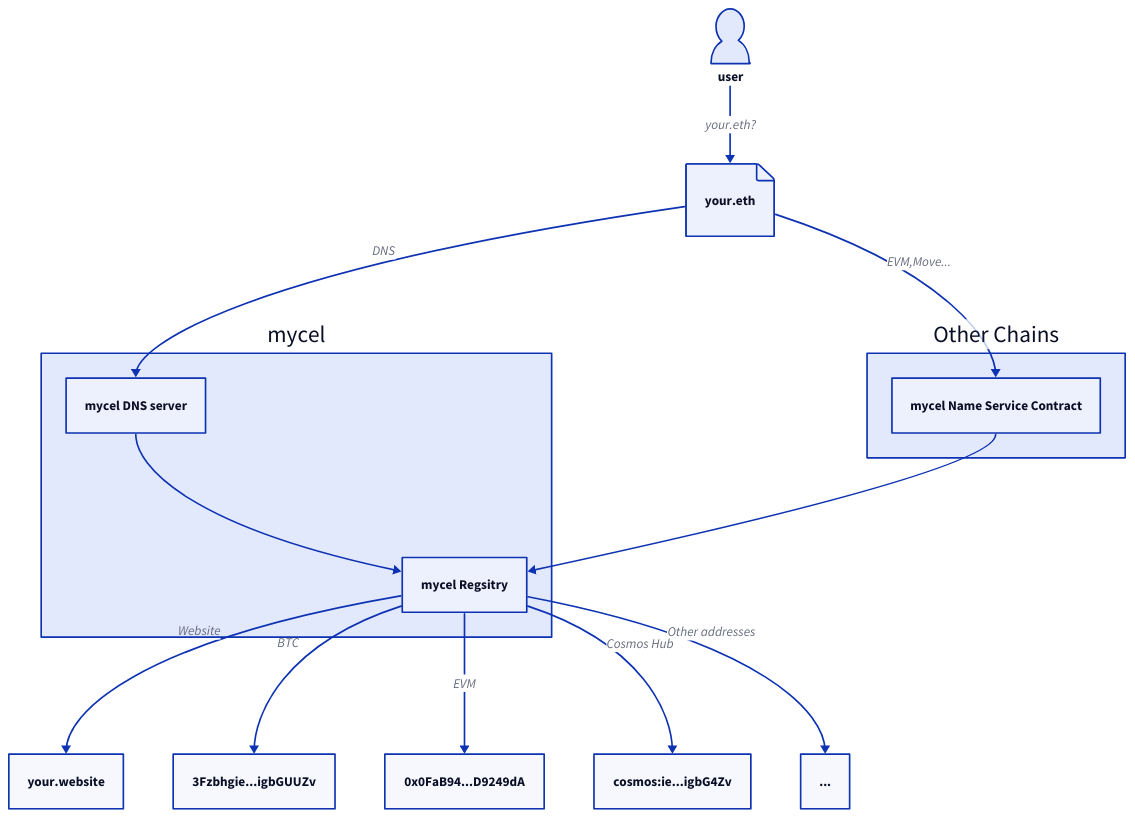
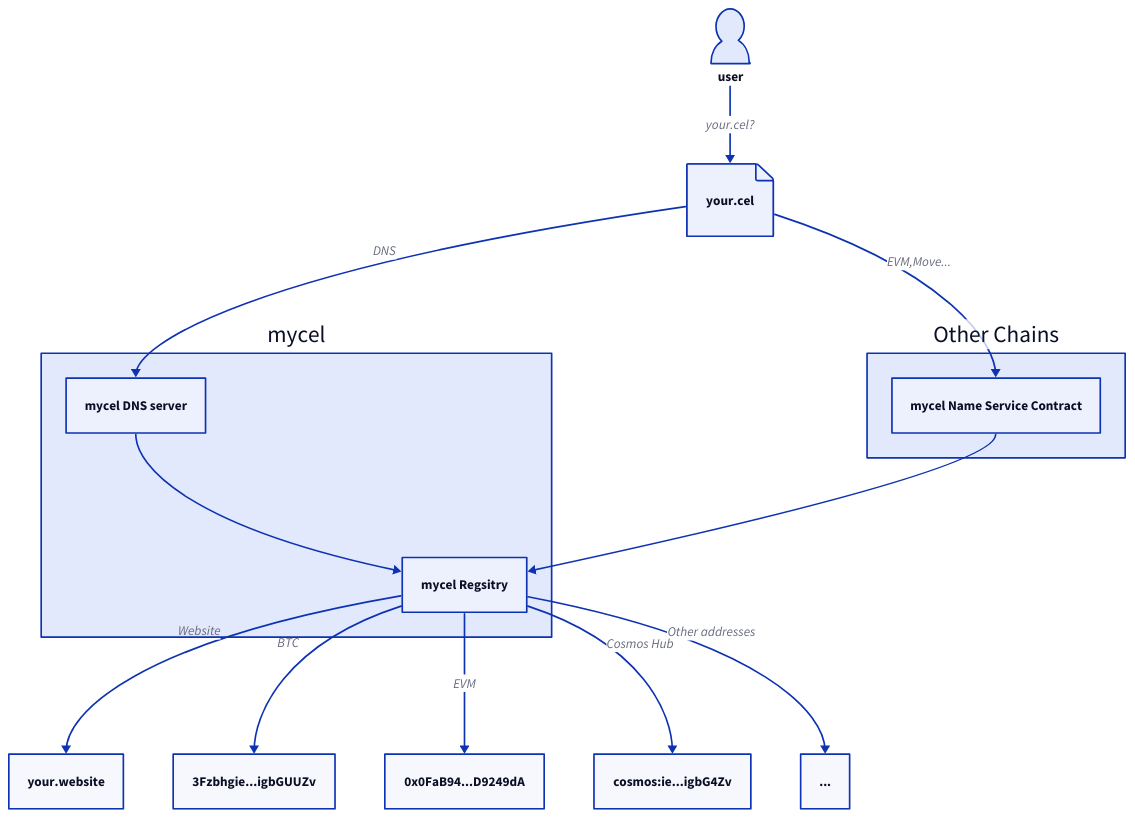
Before and after one commit to mycel-labs/mycel-docs: the diagram in docs/assets/overview.d2, drawn with D2. The commit also changed 1 other file, not shown here.

```diff
--- a/docs/assets/overview.d2
+++ b/docs/assets/overview.d2
@@ -1,23 +1,23 @@
 mycel: mycel {
   DNS: mycel DNS server
   Registry: mycel Regsitry
 
   DNS -> Registry
 }
 
 otherChain: Other Chains {
   NSC: mycel Name Service Contract
 }
 otherChain.NSC -> mycel.Registry
 
 "user".shape: person
-"your.eth".shape: page
+"your.cel".shape: page
 
-user -> "your.eth": your.eth?
-"your.eth" -> mycel.DNS: DNS
-"your.eth" -> otherChain.NSC: EVM,Move...
+user -> "your.cel": your.cel?
+"your.cel" -> mycel.DNS: DNS
+"your.cel" -> otherChain.NSC: EVM,Move...
 mycel.Registry-> "your.website" : Website
 mycel.Registry-> "3Fzbhgie...igbGUUZv": BTC
 mycel.Registry-> "0x0FaB94...D9249dA": EVM
 mycel.Registry-> "cosmos:ie...igbG4Zv": Cosmos Hub
 mycel.Registry->"...": Other addresses
```
